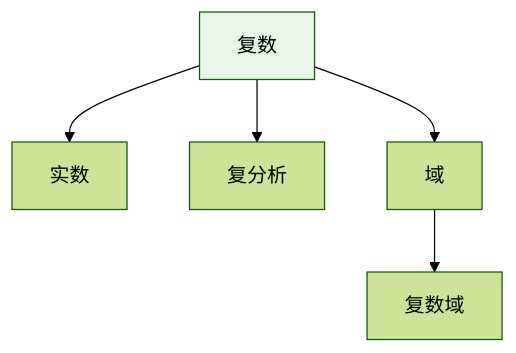
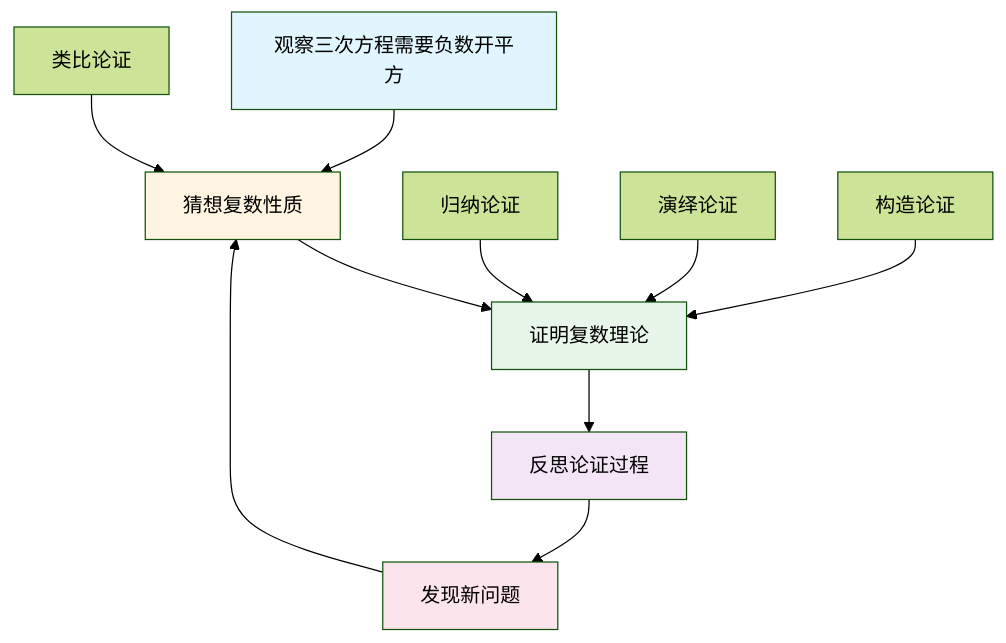
The fifth of 10 diagrams in concept/核心概念/07-复数.md (AdaMartin18010/FormalMath), drawn with Mermaid (forest theme) before and after one commit. The commit also changed other lines of this file and 4793 other files, not shown here.

````diff
--- a/concept/核心概念/07-复数.md
+++ b/concept/核心概念/07-复数.md
@@ -817,9 +1469,19 @@
 ```mermaid
 graph TD
-    A[复数] --> B[实数]
-    A --> C[复分析]
-    A --> D[域]
-    D --> E[复数域]
+    A[观察三次方程需要负数开平方] --> B[猜想复数性质]
+    B --> C[证明复数理论]
+    C --> D[反思论证过程]
+    D --> E[发现新问题]
+    E --> B
 
-    style A fill:#e8f5e9
+    F[归纳论证] --> C
+    G[演绎论证] --> C
+    H[类比论证] --> B
+    I[构造论证] --> C
+
+    style A fill:#e1f5ff
+    style B fill:#fff4e1
+    style C fill:#e8f5e9
+    style D fill:#f3e5f5
+    style E fill:#fce4ec
 ```
````
